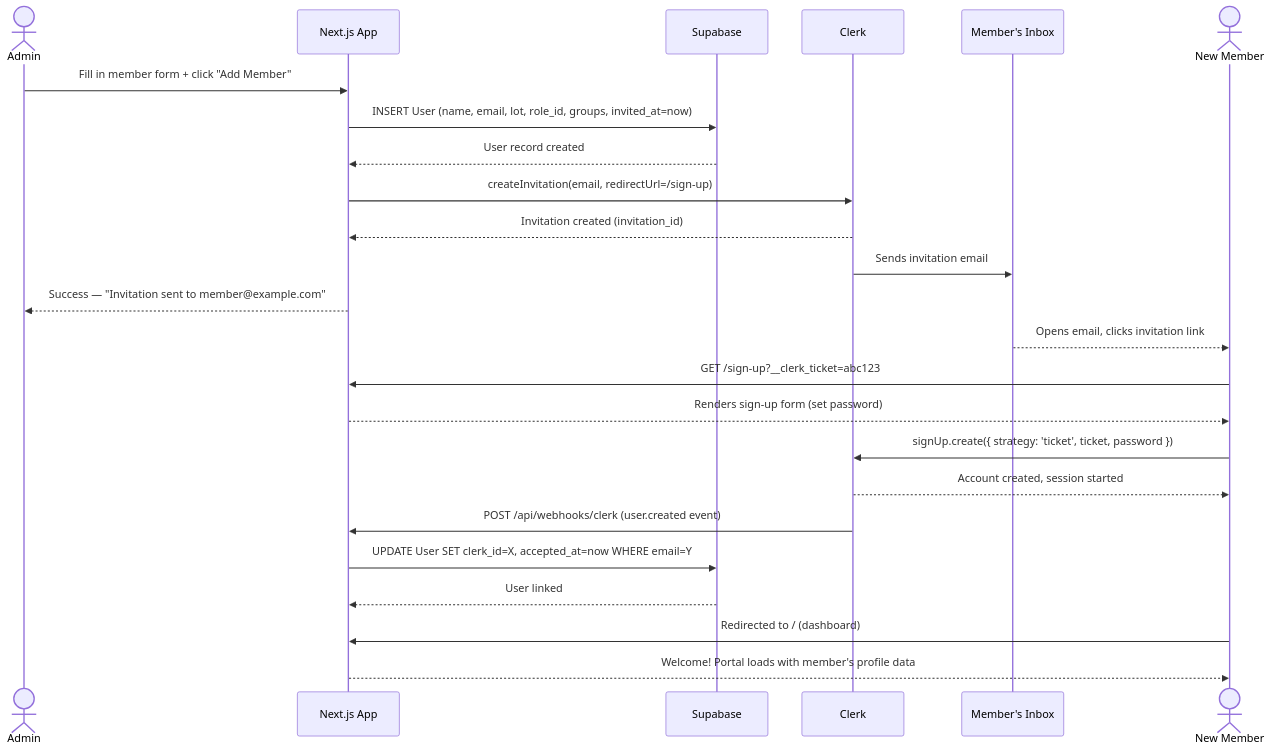
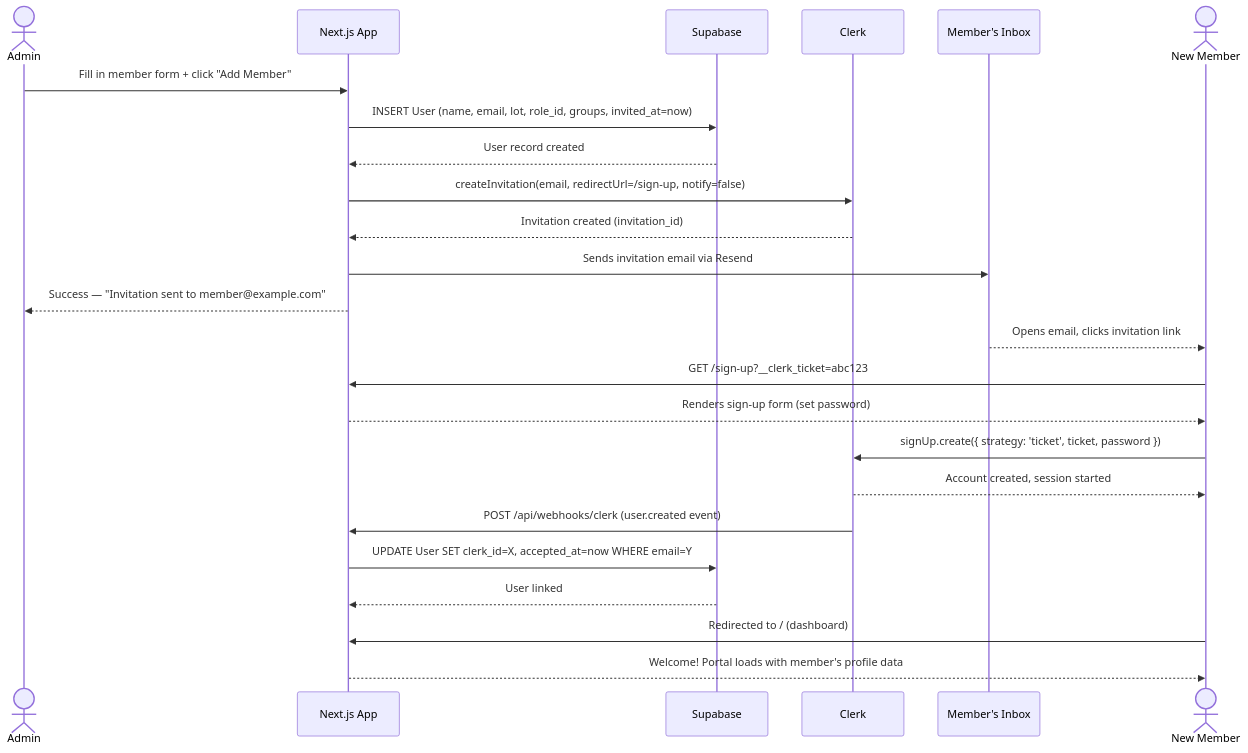
Before and after one commit to spencerevison/nsi-portal: the second of 4 diagrams in docs/nsi-portal-onboarding-flow-design.md, drawn with Mermaid. The commit also changed other lines of this file and 45 other files, not shown here.

````diff
--- a/docs/nsi-portal-onboarding-flow-design.md
+++ b/docs/nsi-portal-onboarding-flow-design.md
@@ -55,28 +56,28 @@
 ```mermaid
 sequenceDiagram
     actor Admin
     participant App as Next.js App
     participant SB as Supabase
     participant CK as Clerk
     participant Email as Member's Inbox
     actor Member as New Member
 
     Admin->>App: Fill in member form + click "Add Member"
     App->>SB: INSERT User (name, email, lot, role_id, groups, invited_at=now)
     SB-->>App: User record created
-    App->>CK: createInvitation(email, redirectUrl=/sign-up)
+    App->>CK: createInvitation(email, redirectUrl=/sign-up, notify=false)
     CK-->>App: Invitation created (invitation_id)
-    CK->>Email: Sends invitation email
+    App->>Email: Sends invitation email via Resend
     App-->>Admin: Success — "Invitation sent to member@example.com"
 
     Email-->>Member: Opens email, clicks invitation link
     Member->>App: GET /sign-up?__clerk_ticket=abc123
     App-->>Member: Renders sign-up form (set password)
     Member->>CK: signUp.create({ strategy: 'ticket', ticket, password })
     CK-->>Member: Account created, session started
     CK->>App: POST /api/webhooks/clerk (user.created event)
     App->>SB: UPDATE User SET clerk_id=X, accepted_at=now WHERE email=Y
     SB-->>App: User linked
     Member->>App: Redirected to / (dashboard)
     App-->>Member: Welcome! Portal loads with member's profile data
 ```
````
